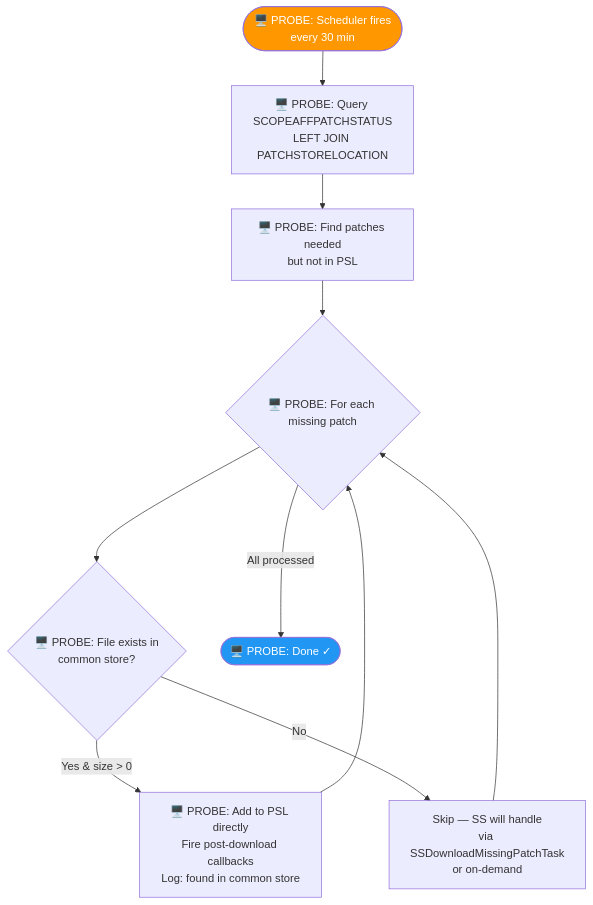
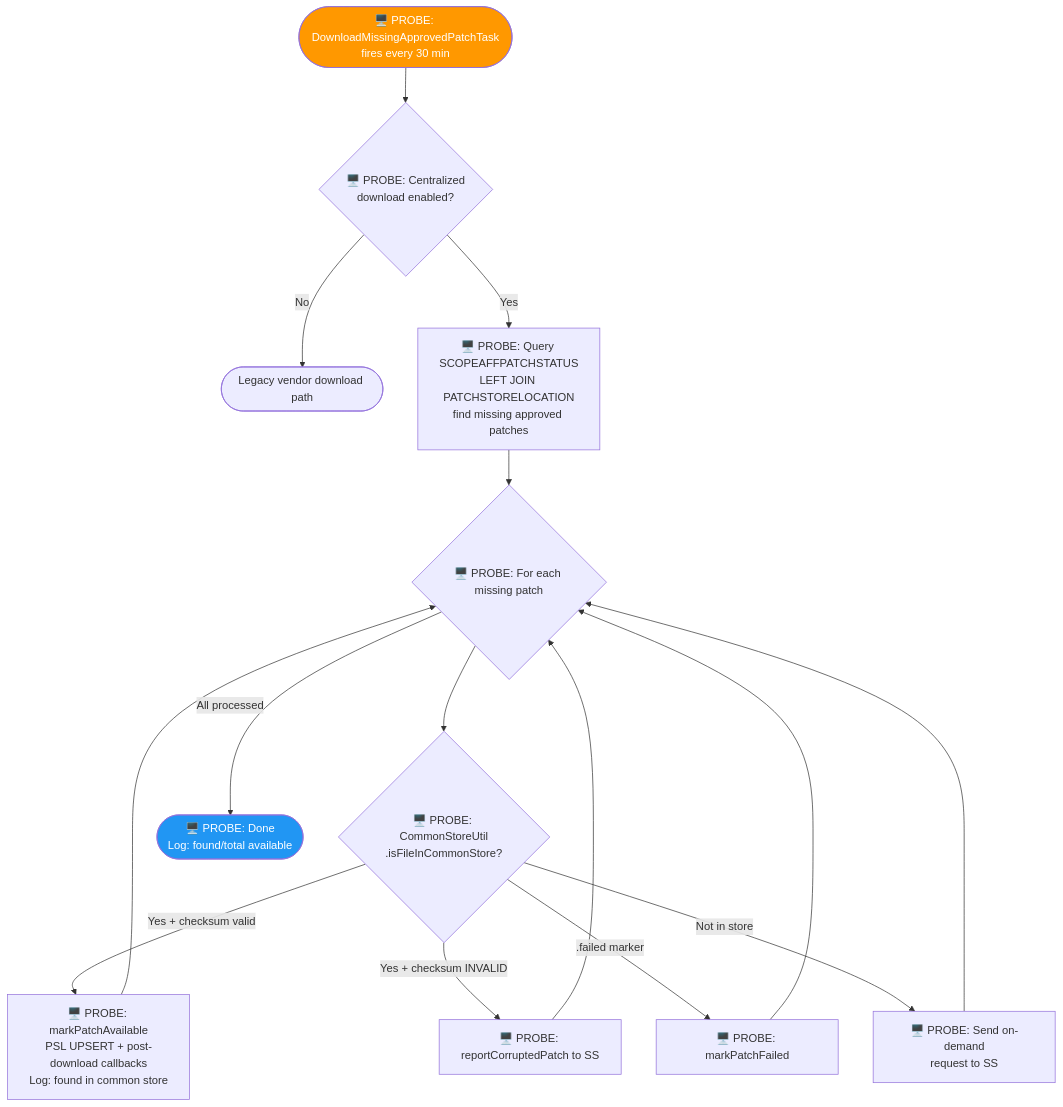
One commit to ranjithkumar-a-23525/RebaseEx changed the third of 31 diagrams in use-case-diagrams.md. Above: the diagram before and after it, drawn with Mermaid. The commit also changed other lines of this file, not shown here.

````diff
--- a/use-case-diagrams.md
+++ b/use-case-diagrams.md
@@ -62,15 +76,20 @@
 ```mermaid
 flowchart TD
-    A(["🖥️ PROBE: Scheduler fires<br/>every 30 min"]) --> B["🖥️ PROBE: Query SCOPEAFFPATCHSTATUS<br/>LEFT JOIN PATCHSTORELOCATION"]
-    B --> C["🖥️ PROBE: Find patches needed<br/>but not in PSL"]
+    A(["🖥️ PROBE: DownloadMissingApprovedPatchTask<br/>fires every 30 min"]) --> B{"🖥️ PROBE: Centralized<br/>download enabled?"}
+    B -->|No| Z(["Legacy vendor download path"])
+    B -->|Yes| C["🖥️ PROBE: Query SCOPEAFFPATCHSTATUS<br/>LEFT JOIN PATCHSTORELOCATION<br/>find missing approved patches"]
     C --> D{"🖥️ PROBE: For each missing patch"}
-    D --> E{"🖥️ PROBE: File exists in<br/>common store?"}
-    E -->|"Yes & size > 0"| F["🖥️ PROBE: Add to PSL directly<br/>Fire post-download callbacks<br/>Log: found in common store"]
-    E -->|No| G["Skip — SS will handle<br/>via SSDownloadMissingPatchTask<br/>or on-demand"]
+    D --> E{"🖥️ PROBE: CommonStoreUtil<br/>.isFileInCommonStore?"}
+    E -->|"Yes + checksum valid"| F["🖥️ PROBE: markPatchAvailable<br/>PSL UPSERT + post-download callbacks<br/>Log: found in common store"]
+    E -->|"Yes + checksum INVALID"| G["🖥️ PROBE: reportCorruptedPatch to SS"]
+    E -->|".failed marker"| H["🖥️ PROBE: markPatchFailed"]
+    E -->|"Not in store"| I["🖥️ PROBE: Send on-demand<br/>request to SS"]
     F --> D
     G --> D
-    D -->|All processed| H(["🖥️ PROBE: Done ✓"])
+    H --> D
+    I --> D
+    D -->|All processed| J(["🖥️ PROBE: Done<br/>Log: found/total available"])
 
     style A fill:#FF9800,color:#fff
-    style H fill:#2196F3,color:#fff
+    style J fill:#2196F3,color:#fff
 ```
````
